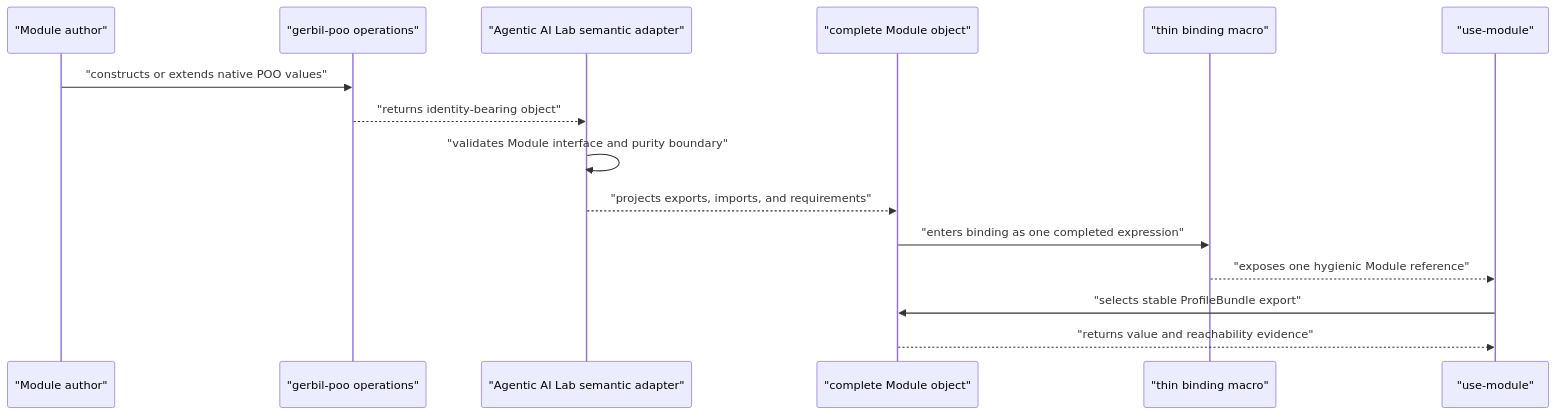
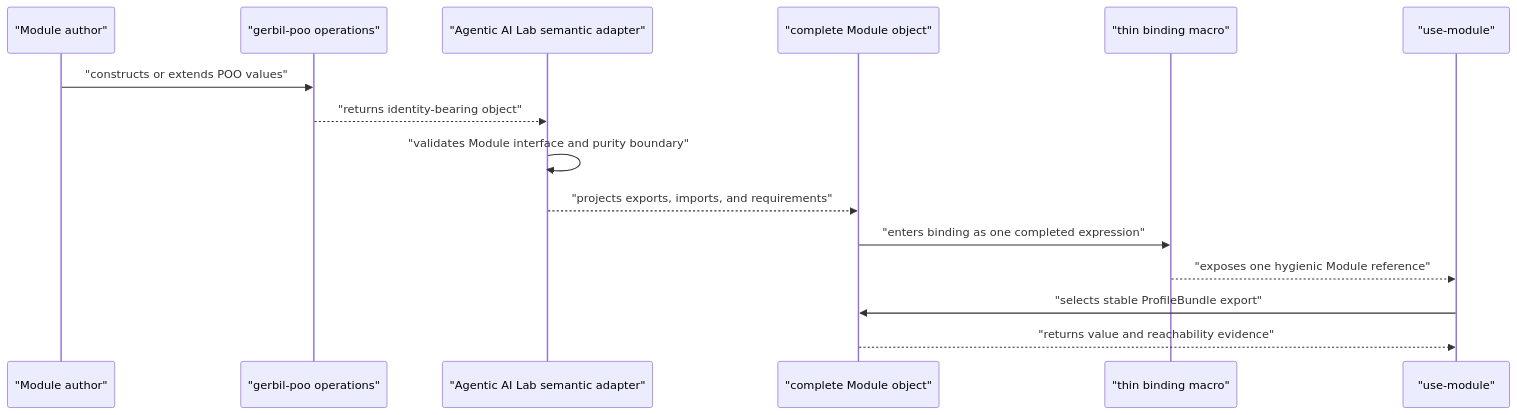
The second of 2 diagrams in module-system/design/45-97-poo-module-object-construction-export-projection-and-responsibility-attachment-algebra.org (tao3k/gebril-yuanxu), drawn with Mermaid before and after one commit. The commit also changed other lines of this file and 1469 other files, not shown here.

```diff
--- a/module-system/design/45-97-poo-module-object-construction-export-projection-and-responsibility-attachment-algebra.org
+++ b/module-system/design/45-97-poo-module-object-construction-export-projection-and-responsibility-attachment-algebra.org
@@ -401,18 +401,18 @@
 #+begin_src mermaid
 sequenceDiagram
   participant Author as "Module author"
   participant Upstream as "gerbil-poo operations"
   participant Adapter as "Agentic AI Lab semantic adapter"
   participant Module as "complete Module object"
   participant Bind as "thin binding macro"
   participant Select as "use-module"
 
-  Author->>Upstream: "constructs or extends native POO values"
+  Author->>Upstream: "constructs or extends POO values"
   Upstream-->>Adapter: "returns identity-bearing object"
   Adapter->>Adapter: "validates Module interface and purity boundary"
   Adapter-->>Module: "projects exports, imports, and requirements"
   Module->>Bind: "enters binding as one completed expression"
   Bind-->>Select: "exposes one hygienic Module reference"
   Select->>Module: "selects stable ProfileBundle export"
   Module-->>Select: "returns value and reachability evidence"
 #+end_src
```
